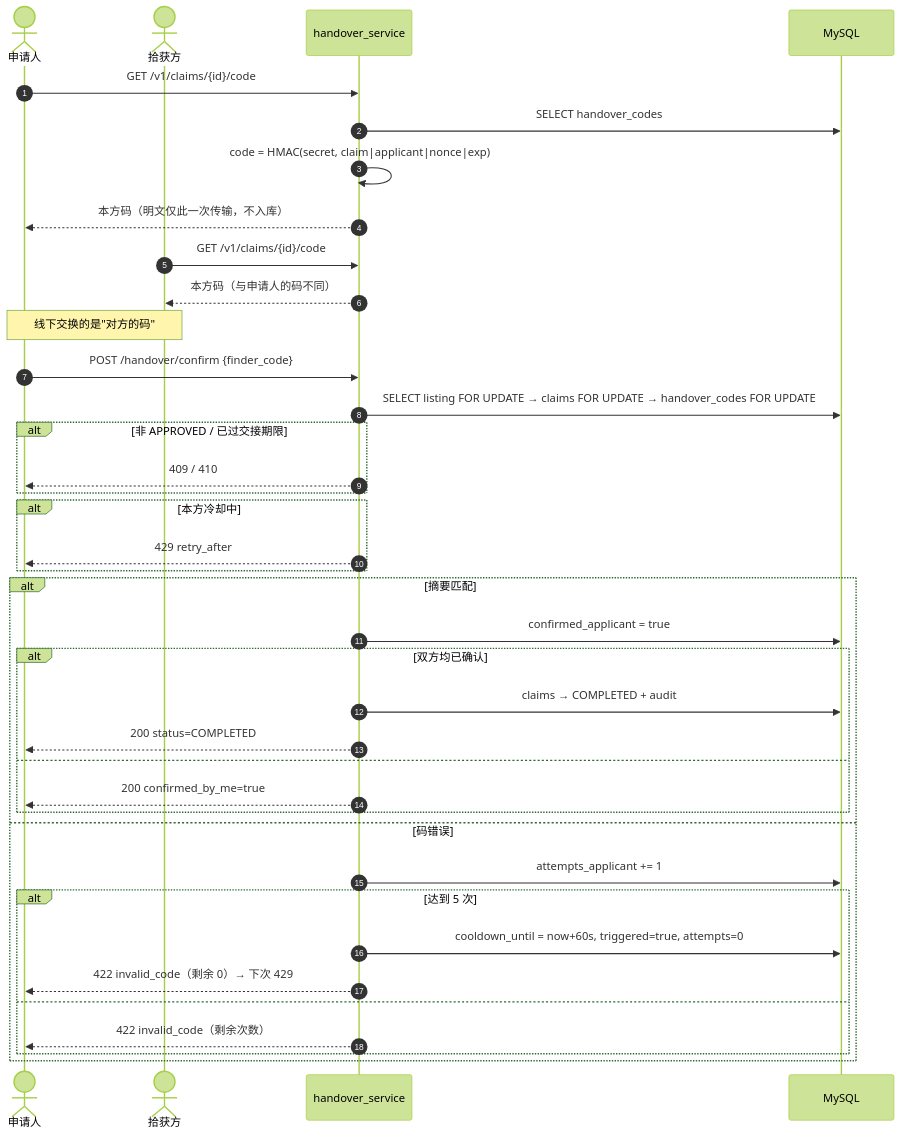
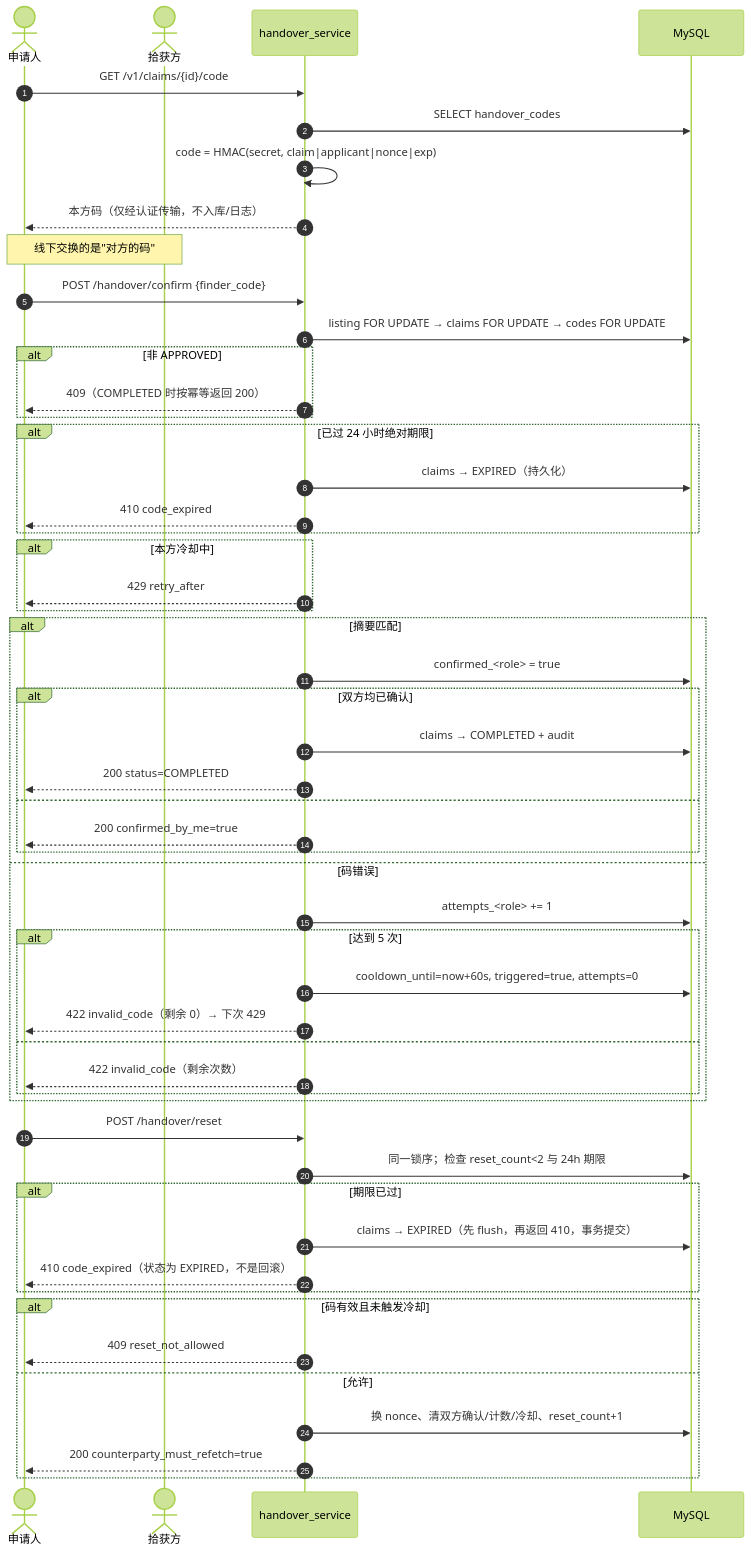
Before and after one commit to hello318869/claim-subsystem: the third of 3 diagrams in docs/process-design.md, drawn with Mermaid (forest theme). The commit also changed other lines of this file and 24 other files, not shown here.

````diff
--- a/docs/process-design.md
+++ b/docs/process-design.md
@@ -65,43 +110,58 @@
 ```mermaid
 sequenceDiagram
   autonumber
   actor A as 申请人
   actor F as 拾获方
   participant S as handover_service
   participant DB as MySQL
 
   A->>S: GET /v1/claims/{id}/code
   S->>DB: SELECT handover_codes
   S->>S: code = HMAC(secret, claim|applicant|nonce|exp)
-  S-->>A: 本方码（明文仅此一次传输，不入库）
-  F->>S: GET /v1/claims/{id}/code
-  S-->>F: 本方码（与申请人的码不同）
+  S-->>A: 本方码（仅经认证传输，不入库/日志）
 
   Note over A,F: 线下交换的是"对方的码"
 
   A->>S: POST /handover/confirm {finder_code}
-  S->>DB: SELECT listing FOR UPDATE → claims FOR UPDATE → handover_codes FOR UPDATE
-  alt 非 APPROVED / 已过交接期限
-    S-->>A: 409 / 410
+  S->>DB: listing FOR UPDATE → claims FOR UPDATE → codes FOR UPDATE
+  alt 非 APPROVED
+    S-->>A: 409（COMPLETED 时按幂等返回 200）
+  end
+  alt 已过 24 小时绝对期限
+    S->>DB: claims → EXPIRED（持久化）
+    S-->>A: 410 code_expired
   end
   alt 本方冷却中
     S-->>A: 429 retry_after
   end
   alt 摘要匹配
-    S->>DB: confirmed_applicant = true
+    S->>DB: confirmed_<role> = true
     alt 双方均已确认
       S->>DB: claims → COMPLETED + audit
       S-->>A: 200 status=COMPLETED
     else
       S-->>A: 200 confirmed_by_me=true
     end
   else 码错误
-    S->>DB: attempts_applicant += 1
+    S->>DB: attempts_<role> += 1
     alt 达到 5 次
-      S->>DB: cooldown_until = now+60s, triggered=true, attempts=0
+      S->>DB: cooldown_until=now+60s, triggered=true, attempts=0
       S-->>A: 422 invalid_code（剩余 0）→ 下次 429
     else
       S-->>A: 422 invalid_code（剩余次数）
     end
   end
+
+  A->>S: POST /handover/reset
+  S->>DB: 同一锁序；检查 reset_count<2 与 24h 期限
+  alt 期限已过
+    S->>DB: claims → EXPIRED（先 flush，再返回 410，事务提交）
+    S-->>A: 410 code_expired（状态为 EXPIRED，不是回滚）
+  end
+  alt 码有效且未触发冷却
+    S-->>A: 409 reset_not_allowed
+  else 允许
+    S->>DB: 换 nonce、清双方确认/计数/冷却、reset_count+1
+    S-->>A: 200 counterparty_must_refetch=true
+  end
 ```
````
